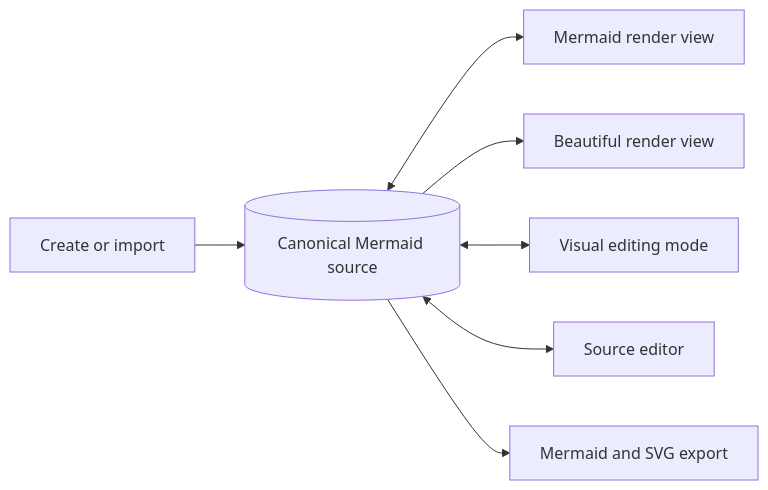
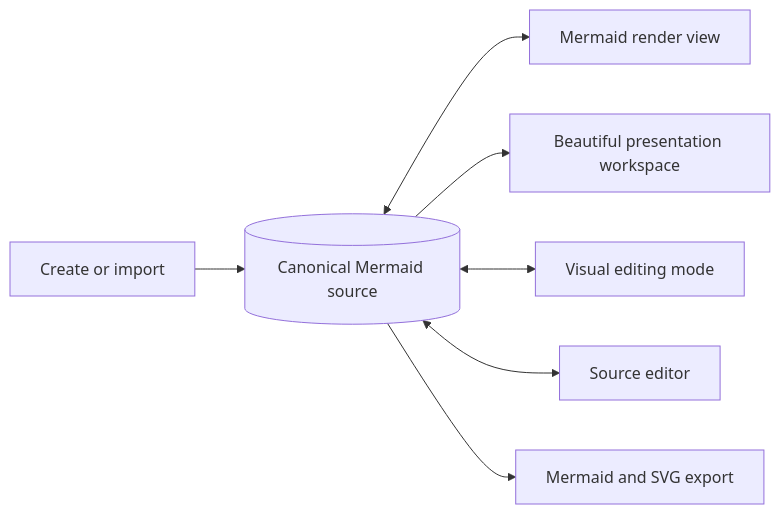
The first of 2 diagrams in README.md (AngelaDMerkel/Mermade), drawn with Mermaid before and after one commit. The commit also changed other lines of this file and 11 other files, not shown here.

````diff
--- a/README.md
+++ b/README.md
@@ -38,9 +38,9 @@
 ```mermaid
 flowchart LR
   I[Create or import] --> S[(Canonical Mermaid source)]
   S <--> M[Mermaid render view]
-  S --> B[Beautiful render view]
+  S --> B[Beautiful presentation workspace]
   S <--> V[Visual editing mode]
   S <--> E[Source editor]
   S --> X[Mermaid and SVG export]
 ```
````
